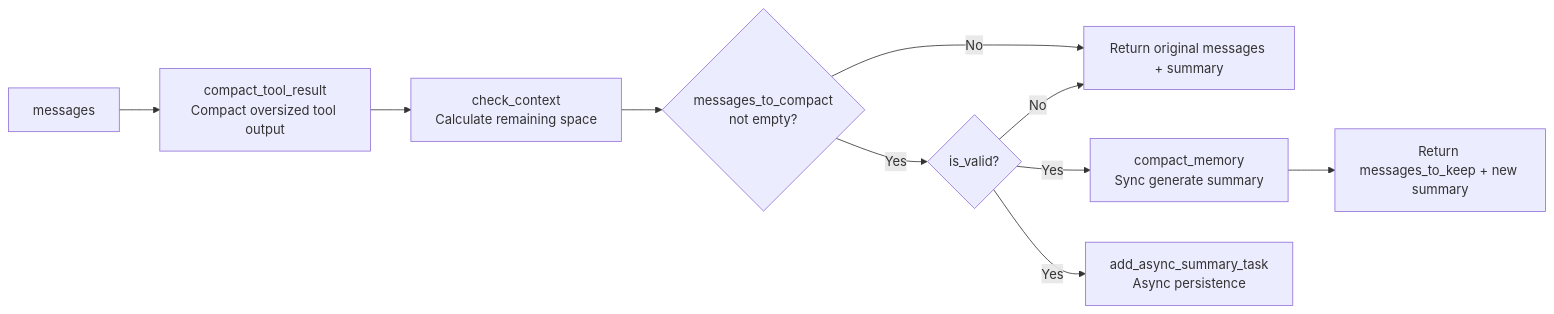
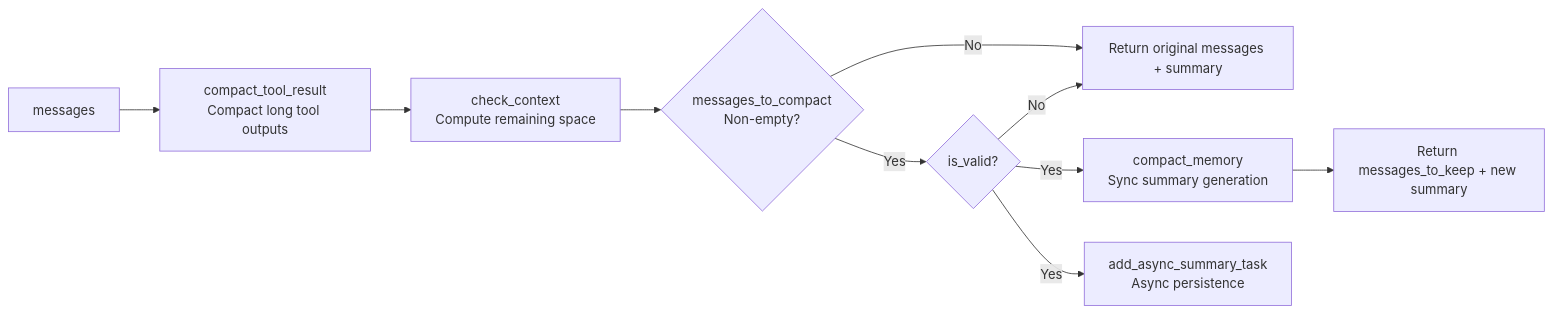
Before and after one commit to agentscope-ai/ReMe: the eighth of 9 diagrams in README.md, drawn with Mermaid. The commit also changed other lines of this file and 1 other file, not shown here.

````diff
--- a/README.md
+++ b/README.md
@@ -337,12 +338,12 @@
 ```mermaid
 graph LR
-    M[messages] --> TC[compact_tool_result<br>Compact oversized tool output]
-    TC --> CC[check_context<br>Calculate remaining space]
-    CC --> D{messages_to_compact<br>not empty?}
+    M[messages] --> TC[compact_tool_result<br>Compact long tool outputs]
+    TC --> CC[check_context<br>Compute remaining space]
+    CC --> D{messages_to_compact<br>Non-empty?}
     D -->|No| K[Return original messages + summary]
     D -->|Yes| V{is_valid?}
     V -->|No| K
-    V -->|Yes| CM[compact_memory<br>Sync generate summary]
+    V -->|Yes| CM[compact_memory<br>Sync summary generation]
     V -->|Yes| SM[add_async_summary_task<br>Async persistence]
     CM --> R[Return messages_to_keep + new summary]
 ```
````
